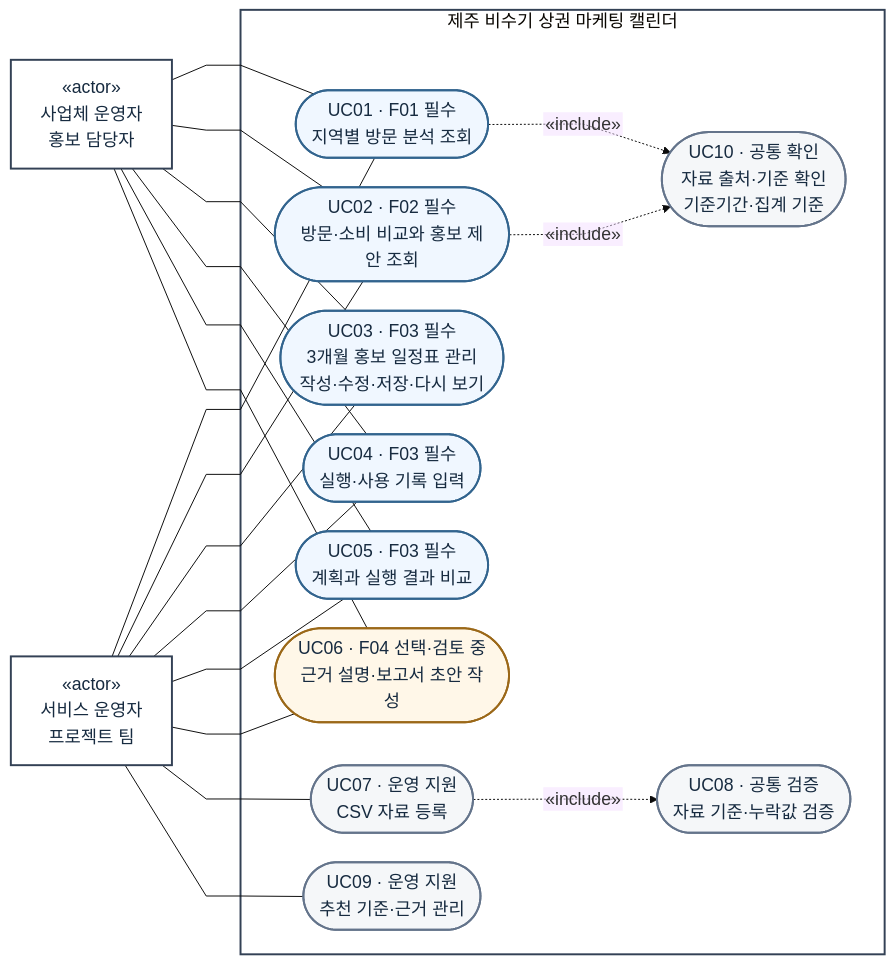
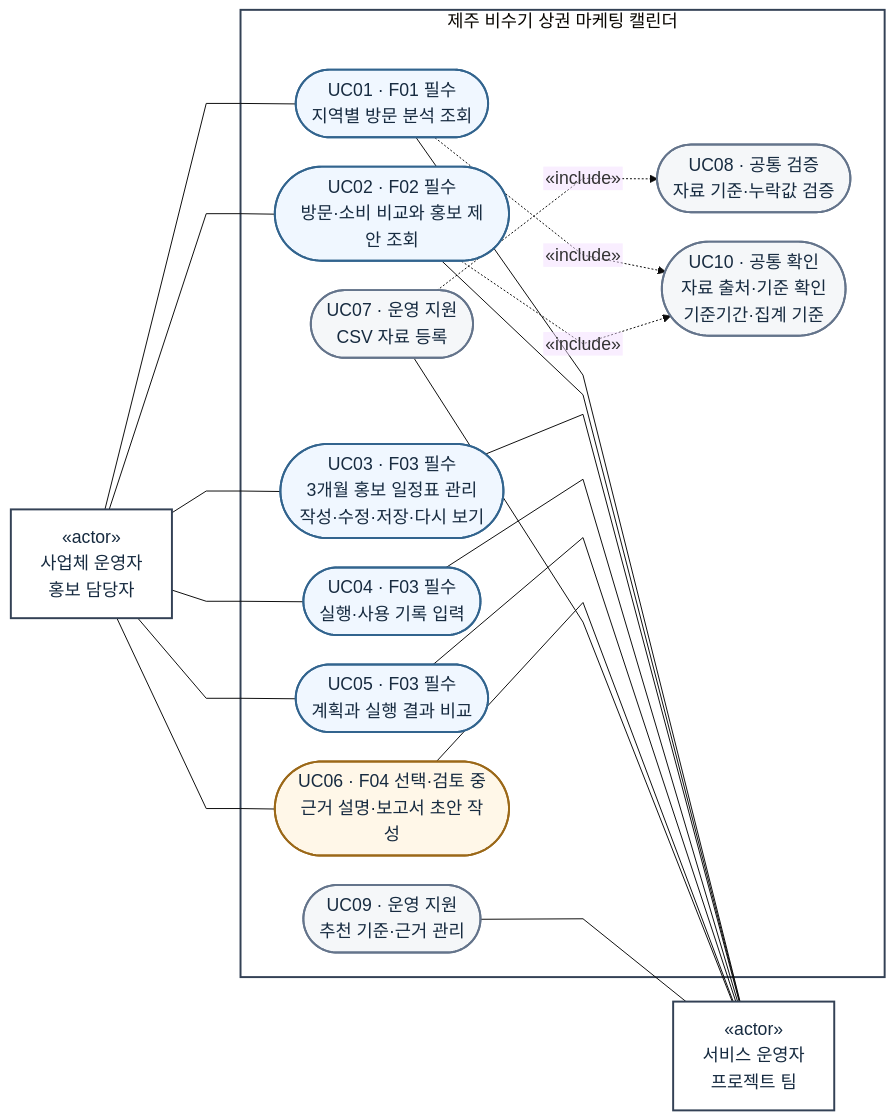
One commit to LSB-afk/-Information-Systems-Capstone-Design changed the diagram in 00_제출/Red_USECASE.md. Above: the diagram before and after it, drawn with Mermaid.

Commit message:
Preserve capstone knowledge across Obsidian and GitHub
Constraint: Shared Obsidian vault and Git repository
Confidence: high
Scope-risk: narrow
Not-tested: Note content is synchronized without semantic review

````diff
--- a/00_제출/Red_USECASE.md
+++ b/00_제출/Red_USECASE.md
@@ -16,50 +16,50 @@
 ```mermaid
 %%{init: {"theme":"base","themeVariables":{"fontFamily":"Apple SD Gothic Neo, Noto Sans KR, sans-serif","fontSize":"18px"},"flowchart":{"htmlLabels":false,"curve":"linear","nodeSpacing":30,"rankSpacing":70}}}%%
 flowchart LR
     OWNER["«actor»<br/>사업체 운영자<br/>홍보 담당자"]
     OPERATOR["«actor»<br/>서비스 운영자<br/>프로젝트 팀"]
 
     subgraph SYSTEM["제주 비수기 상권 마케팅 캘린더"]
         UC01(["UC01 · F01 필수<br/>지역별 방문 분석 조회"])
         UC02(["UC02 · F02 필수<br/>방문·소비 비교와 홍보 제안 조회"])
         UC03(["UC03 · F03 필수<br/>3개월 홍보 일정표 관리<br/>작성·수정·저장·다시 보기"])
         UC04(["UC04 · F03 필수<br/>실행·사용 기록 입력"])
         UC05(["UC05 · F03 필수<br/>계획과 실행 결과 비교"])
         UC06(["UC06 · F04 선택·검토 중<br/>근거 설명·보고서 초안 작성"])
         UC07(["UC07 · 운영 지원<br/>CSV 자료 등록"])
         UC08(["UC08 · 공통 검증<br/>자료 기준·누락값 검증"])
         UC09(["UC09 · 운영 지원<br/>추천 기준·근거 관리"])
         UC10(["UC10 · 공통 확인<br/>자료 출처·기준 확인<br/>기준기간·집계 기준"])
     end
 
     %% 실선은 사용 관계이며 처리 순서를 뜻하지 않음
     OWNER --- UC01
     OWNER --- UC02
     OWNER --- UC03
     OWNER --- UC04
     OWNER --- UC05
     OWNER --- UC06
-    OPERATOR --- UC01
-    OPERATOR --- UC02
-    OPERATOR --- UC03
-    OPERATOR --- UC04
-    OPERATOR --- UC05
-    OPERATOR --- UC06
-    OPERATOR --- UC07
-    OPERATOR --- UC09
+    UC01 --- OPERATOR
+    UC02 --- OPERATOR
+    UC03 --- OPERATOR
+    UC04 --- OPERATOR
+    UC05 --- OPERATOR
+    UC06 --- OPERATOR
+    UC07 --- OPERATOR
+    UC09 --- OPERATOR
 
     %% 화살표는 반드시 포함되는 공통 기능을 향함
     UC01 -. "«include»" .-> UC10
     UC02 -. "«include»" .-> UC10
     UC07 -. "«include»" .-> UC08
 
     classDef actor fill:#ffffff,stroke:#334155,stroke-width:2px,color:#172b40;
     classDef core fill:#f0f7ff,stroke:#32648e,stroke-width:2px,color:#172b40;
     classDef optional fill:#fff7e8,stroke:#9b6818,stroke-width:2px,color:#172b40;
     classDef support fill:#f5f7f9,stroke:#64748b,stroke-width:2px,color:#172b40;
     class OWNER,OPERATOR actor;
     class UC01,UC02,UC03,UC04,UC05 core;
     class UC06 optional;
     class UC07,UC08,UC09,UC10 support;
     style SYSTEM fill:#ffffff,stroke:#334155,stroke-width:2px
 ```
````
